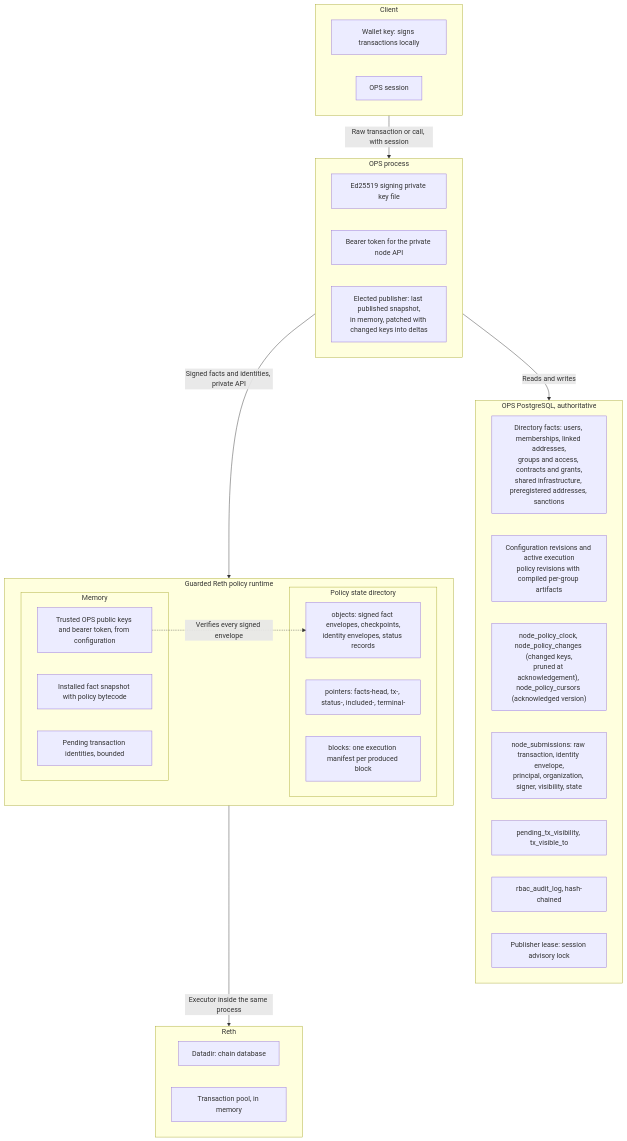
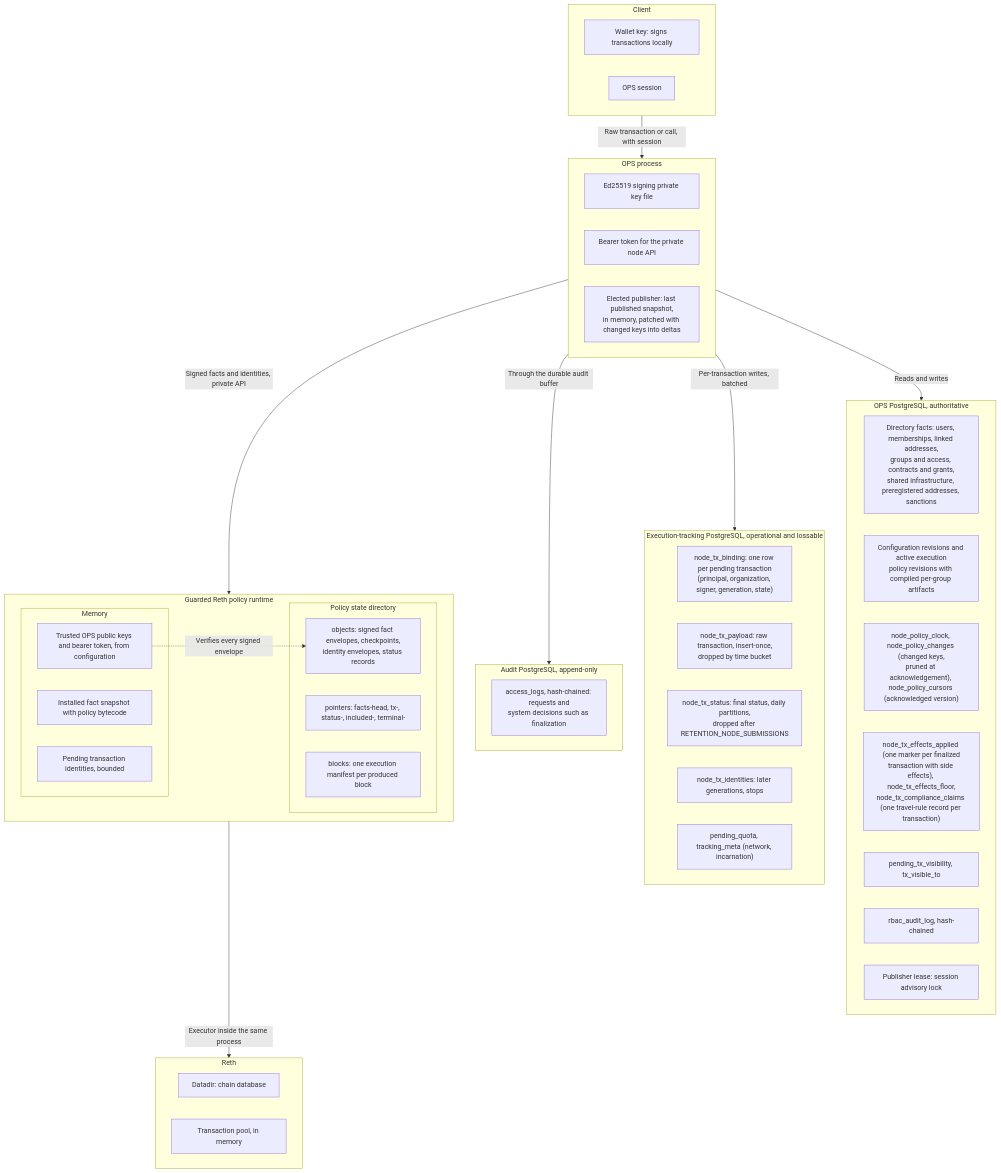
One commit to LFDT-Permissioned-Privacy-Control/permissioned-privacy-control changed the fifth of 6 diagrams in docs/architecture/reth-execution-flow.md. Above: the diagram before and after it, drawn with Mermaid. The commit also changed other lines of this file and 60 other files, not shown here.

````diff
--- a/docs/architecture/reth-execution-flow.md
+++ b/docs/architecture/reth-execution-flow.md
@@ -311,42 +318,54 @@
 ```mermaid
 flowchart TB
     subgraph Client["Client"]
         Wallet["Wallet key: signs transactions locally"]
         Session["OPS session"]
     end
     subgraph OPSProc["OPS process"]
         SignKey["Ed25519 signing private key file"]
         NodeToken["Bearer token for the private node API"]
         LastSnap["Elected publisher: last published snapshot,<br/>in memory, patched with changed keys into deltas"]
     end
     subgraph PG["OPS PostgreSQL, authoritative"]
         Directory["Directory facts: users, memberships, linked addresses,<br/>groups and access, contracts and grants,<br/>shared infrastructure, preregistered addresses, sanctions"]
         Config["Configuration revisions and active execution<br/>policy revisions with compiled per-group artifacts"]
         Feed["node_policy_clock, node_policy_changes (changed keys,<br/>pruned at acknowledgement), node_policy_cursors (acknowledged version)"]
-        Subs["node_submissions: raw transaction, identity envelope,<br/>principal, organization, signer, visibility, state"]
+        Effects["node_tx_effects_applied (one marker per finalized<br/>transaction with side effects), node_tx_effects_floor,<br/>node_tx_compliance_claims (one travel-rule record per transaction)"]
         Visibility["pending_tx_visibility, tx_visible_to"]
         Audit["rbac_audit_log, hash-chained"]
         Lease["Publisher lease: session advisory lock"]
+    end
+    subgraph TDB["Execution-tracking PostgreSQL, operational and lossable"]
+        Binding["node_tx_binding: one row per pending transaction<br/>(principal, organization, signer, generation, state)"]
+        Payload["node_tx_payload: raw transaction, insert-once,<br/>dropped by time bucket"]
+        Status["node_tx_status: final status, daily partitions,<br/>dropped after RETENTION_NODE_SUBMISSIONS"]
+        History["node_tx_identities: later generations, stops"]
+        Quota["pending_quota, tracking_meta (network, incarnation)"]
+    end
+    subgraph AuditDB["Audit PostgreSQL, append-only"]
+        AccessLogs["access_logs, hash-chained: requests and<br/>system decisions such as finalization"]
     end
     subgraph Runtime["Guarded Reth policy runtime"]
         subgraph Memory["Memory"]
             Facts["Installed fact snapshot with policy bytecode"]
             Pending["Pending transaction identities, bounded"]
             Trust["Trusted OPS public keys and bearer token, from configuration"]
         end
         subgraph StateDir["Policy state directory"]
             Objects["objects: signed fact envelopes, checkpoints,<br/>identity envelopes, status records"]
             Pointers["pointers: facts-head, tx-, status-, included-, terminal-"]
             Blocks["blocks: one execution manifest per produced block"]
         end
     end
     subgraph Reth["Reth"]
         Chain["Datadir: chain database"]
         Pool["Transaction pool, in memory"]
     end
     Client -->|"Raw transaction or call, with session"| OPSProc
     OPSProc -->|"Reads and writes"| PG
+    OPSProc -->|"Per-transaction writes, batched"| TDB
+    OPSProc -->|"Through the durable audit buffer"| AuditDB
     OPSProc -->|"Signed facts and identities, private API"| Runtime
     Trust -.->|"Verifies every signed envelope"| Objects
     Runtime -->|"Executor inside the same process"| Reth
 ```
````
